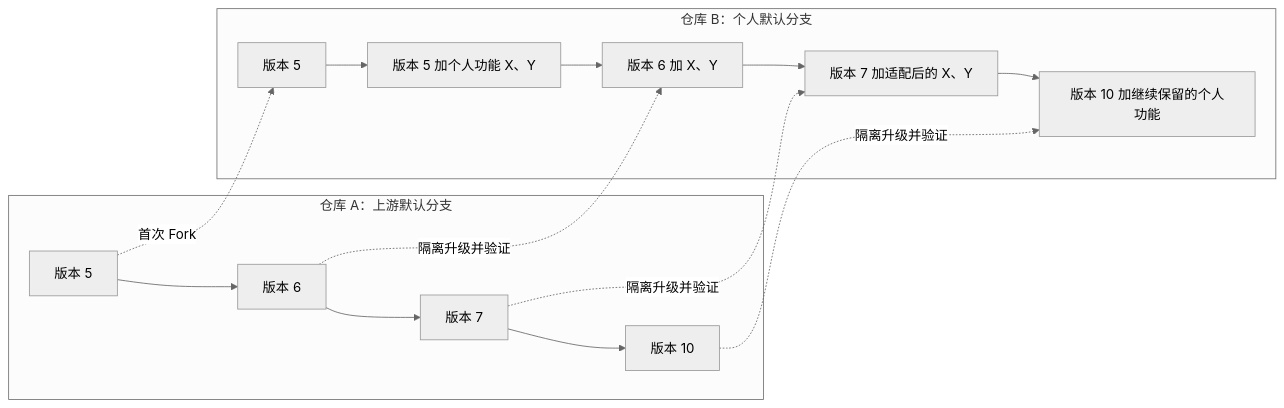
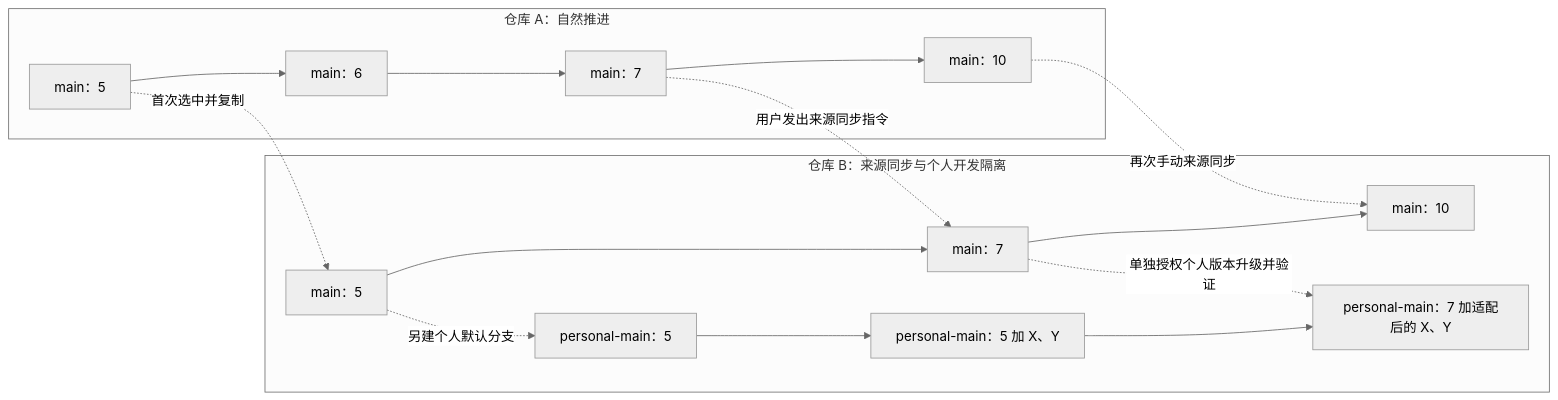
One commit to wk1995/skill changed the second of 4 diagrams in docs/superpowers/specs/2026-07-29-fork-repository-maintenance-skill-prd.md. Above: the diagram before and after it, drawn with Mermaid (neutral theme). The commit also changed other lines of this file and 1 other file, not shown here.

First line of the commit message:
[Codex][GPT-6] docs: isolate fork source branches and add technical design

````diff
--- a/docs/superpowers/specs/2026-07-29-fork-repository-maintenance-skill-prd.md
+++ b/docs/superpowers/specs/2026-07-29-fork-repository-maintenance-skill-prd.md
@@ -120,18 +139,19 @@
 ```mermaid
 flowchart LR
-    subgraph A[仓库 A：上游默认分支]
-        A5[版本 5] --> A6[版本 6]
-        A6 --> A7[版本 7]
-        A7 --> A10[版本 10]
+    subgraph A[仓库 A：自然推进]
+        A5[main：5] --> A6[main：6]
+        A6 --> A7[main：7]
+        A7 --> A10[main：10]
     end
-    subgraph B[仓库 B：个人默认分支]
-        B5[版本 5] --> BX[版本 5 加个人功能 X、Y]
-        BX --> B6[版本 6 加 X、Y]
-        B6 --> B7[版本 7 加适配后的 X、Y]
-        B7 --> B10[版本 10 加继续保留的个人功能]
+    subgraph B[仓库 B：来源同步与个人开发隔离]
+        B5[main：5] --> B7[main：7]
+        B7 --> B10[main：10]
+        P5[personal-main：5] --> PX[personal-main：5 加 X、Y]
+        PX --> P7[personal-main：7 加适配后的 X、Y]
     end
-    A5 -. 首次 Fork .-> B5
-    A6 -. 隔离升级并验证 .-> B6
-    A7 -. 隔离升级并验证 .-> B7
-    A10 -. 隔离升级并验证 .-> B10
+    A5 -. 首次选中并复制 .-> B5
+    B5 -. 另建个人默认分支 .-> P5
+    A7 -. 用户发出来源同步指令 .-> B7
+    A10 -. 再次手动来源同步 .-> B10
+    B7 -. 单独授权个人版本升级并验证 .-> P7
 ```
````
